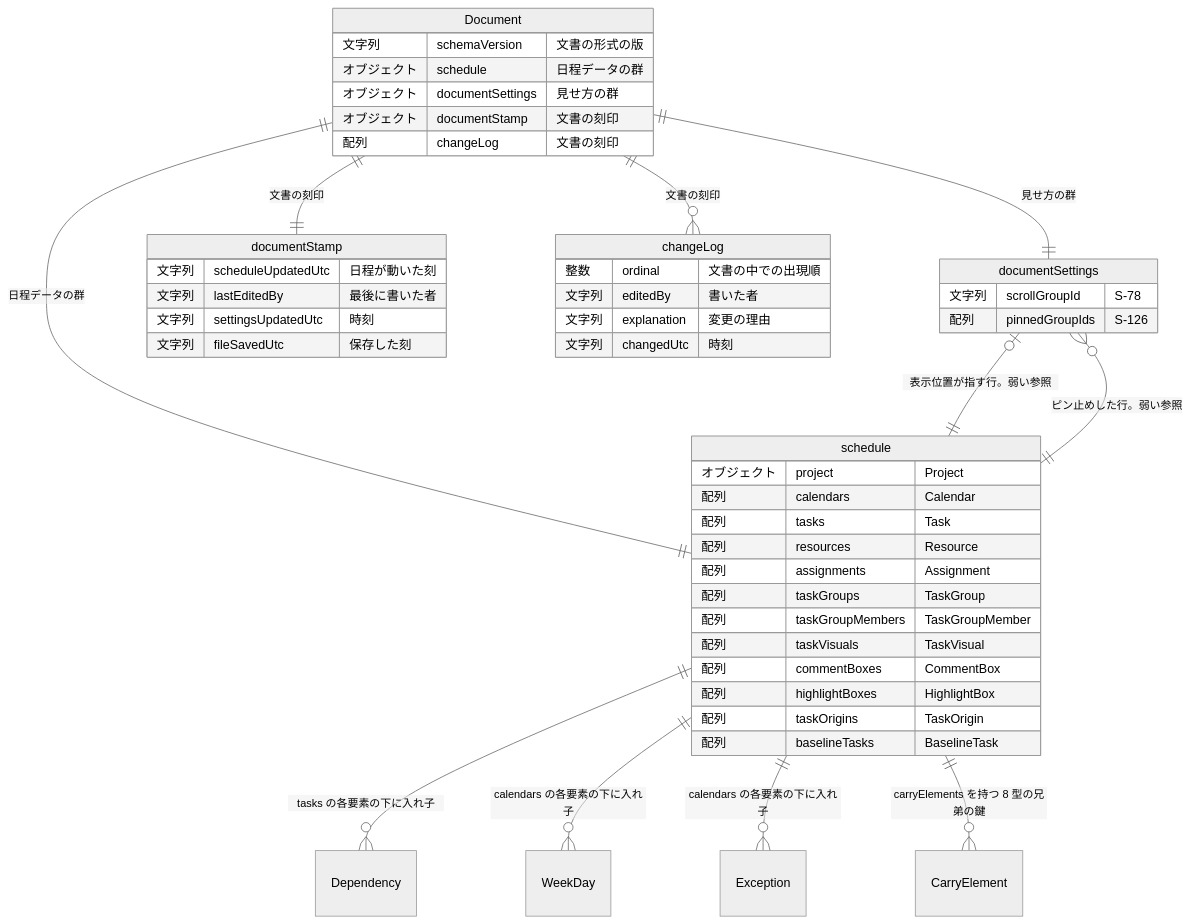
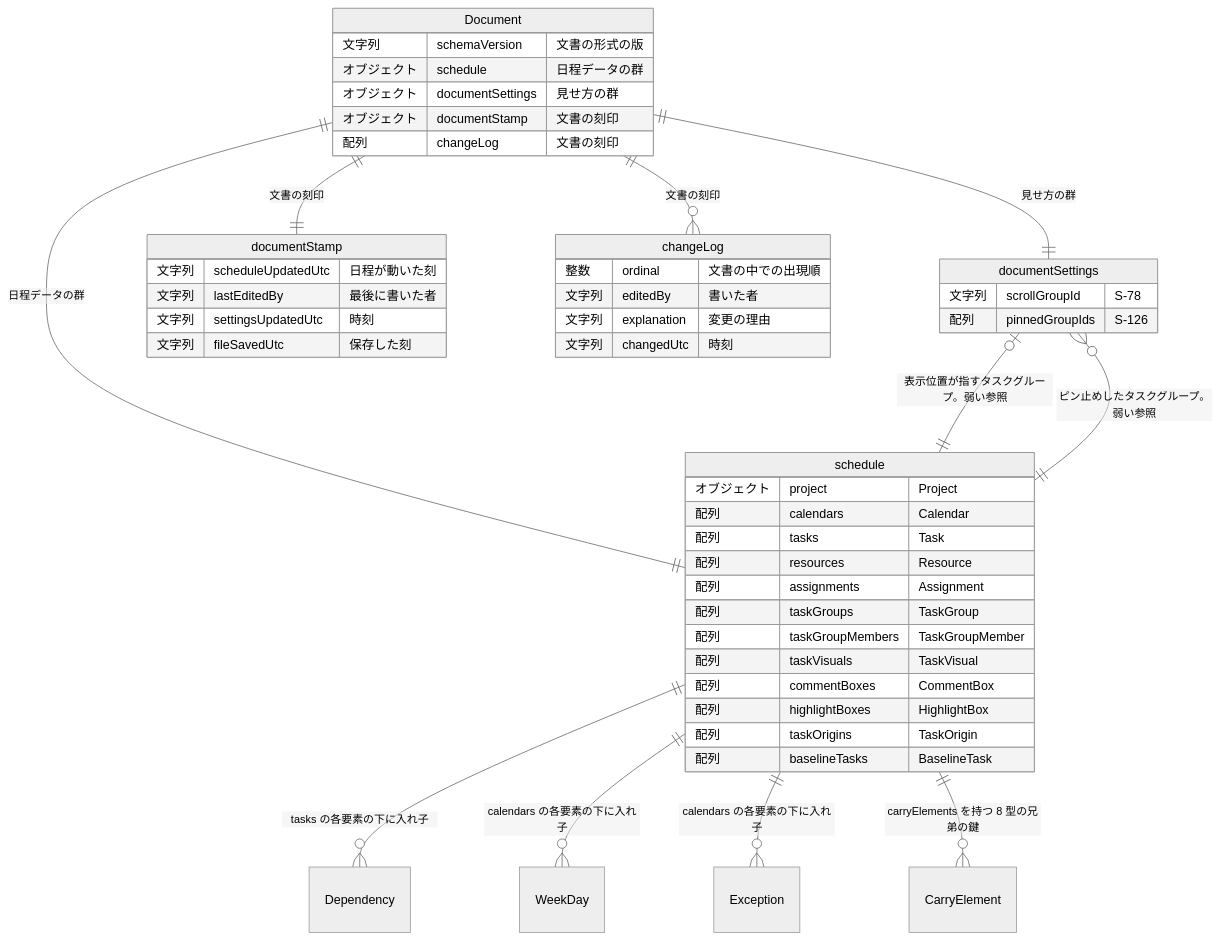
Before and after one commit to GoodRelax/gr-scheduler: the diagram in docs/spec/_assets/fig-erd-overview.md, drawn with Mermaid (neutral theme). The commit also changed 25 other files, not shown here.

````diff
--- a/docs/spec/_assets/fig-erd-overview.md
+++ b/docs/spec/_assets/fig-erd-overview.md
@@ -16,55 +16,55 @@
 ```mermaid
 ---
 config:
   er:
     entityPadding: 6
 ---
 erDiagram
     Document {
         文字列 schemaVersion "文書の形式の版"
         オブジェクト schedule "日程データの群"
         オブジェクト documentSettings "見せ方の群"
         オブジェクト documentStamp "文書の刻印"
         配列 changeLog "文書の刻印"
     }
     schedule {
         オブジェクト project "Project"
         配列 calendars "Calendar"
         配列 tasks "Task"
         配列 resources "Resource"
         配列 assignments "Assignment"
         配列 taskGroups "TaskGroup"
         配列 taskGroupMembers "TaskGroupMember"
         配列 taskVisuals "TaskVisual"
         配列 commentBoxes "CommentBox"
         配列 highlightBoxes "HighlightBox"
         配列 taskOrigins "TaskOrigin"
         配列 baselineTasks "BaselineTask"
     }
     documentSettings {
         文字列 scrollGroupId "S-78"
         配列 pinnedGroupIds "S-126"
     }
     documentStamp {
         文字列 scheduleUpdatedUtc "日程が動いた刻"
         文字列 lastEditedBy "最後に書いた者"
         文字列 settingsUpdatedUtc "時刻"
         文字列 fileSavedUtc "保存した刻"
     }
     changeLog {
         整数 ordinal "文書の中での出現順"
         文字列 editedBy "書いた者"
         文字列 explanation "変更の理由"
         文字列 changedUtc "時刻"
     }
     Document ||--|| schedule : "日程データの群"
     Document ||--|| documentSettings : "見せ方の群"
     Document ||--|| documentStamp : "文書の刻印"
     Document ||--o{ changeLog : "文書の刻印"
     schedule ||--o{ Dependency : "tasks の各要素の下に入れ子"
     schedule ||--o{ WeekDay : "calendars の各要素の下に入れ子"
     schedule ||--o{ Exception : "calendars の各要素の下に入れ子"
     schedule ||--o{ CarryElement : "carryElements を持つ 8 型の兄弟の鍵"
-    documentSettings |o--|| schedule : "表示位置が指す行。弱い参照"
-    documentSettings }o--|| schedule : "ピン止めした行。弱い参照"
+    documentSettings |o--|| schedule : "表示位置が指すタスクグループ。弱い参照"
+    documentSettings }o--|| schedule : "ピン止めしたタスクグループ。弱い参照"
 ```
````
